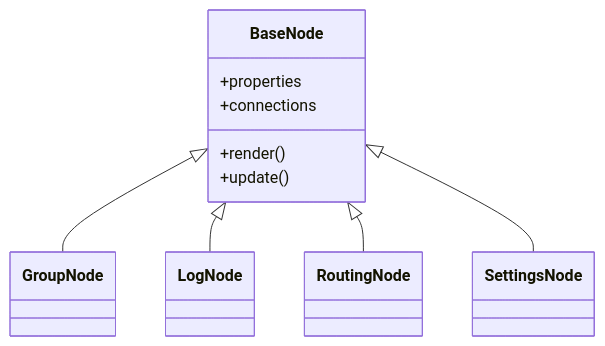
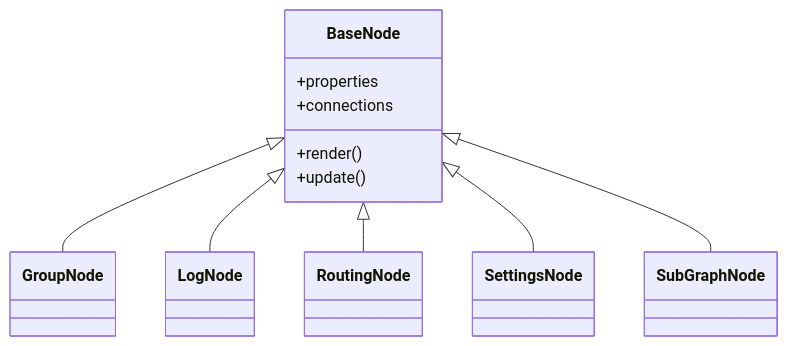
One commit to DangerDrome/NodeUI changed the third of 4 diagrams in memory-bank/systemPatterns.md. Above: the diagram before and after it, drawn with Mermaid. The commit also changed other lines of this file and 4 other files, not shown here.

````diff
--- a/memory-bank/systemPatterns.md
+++ b/memory-bank/systemPatterns.md
@@ -114,14 +115,15 @@
 ```mermaid
 classDiagram
     BaseNode <|-- GroupNode
     BaseNode <|-- LogNode
     BaseNode <|-- RoutingNode
     BaseNode <|-- SettingsNode
+    BaseNode <|-- SubGraphNode
     
     class BaseNode {
         +properties
         +connections
         +render()
         +update()
     }
 ```
````
